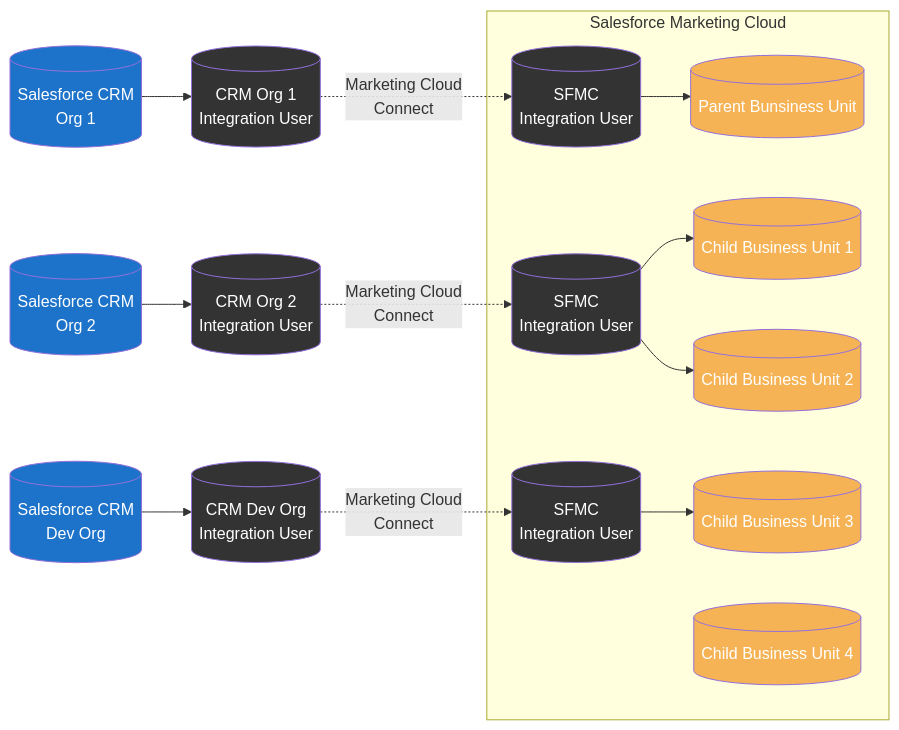
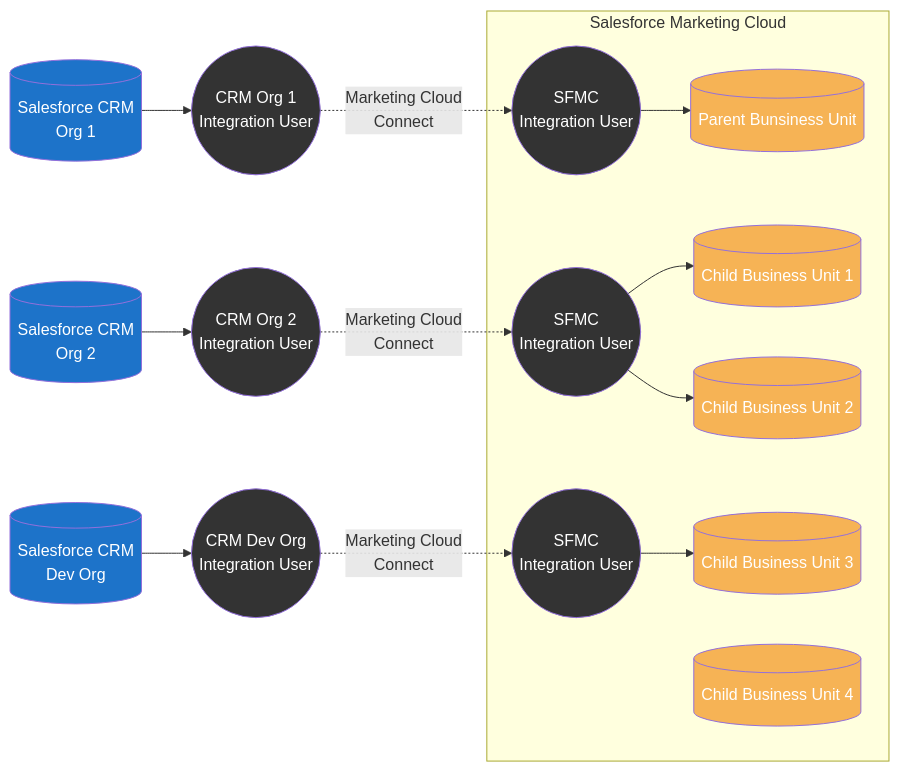
One commit to MateuszDabrowski/mateuszdabrowski.pl changed the sixth of 7 diagrams in docs/config/sfmc-mcc-integration-patterns.mdx. Above: the diagram before and after it, drawn with Mermaid. The commit also changed other lines of this file, not shown here.

Commit message:
Updated draft of MCC Patterns article

````diff
--- a/docs/config/sfmc-mcc-integration-patterns.mdx
+++ b/docs/config/sfmc-mcc-integration-patterns.mdx
@@ -282,35 +281,35 @@
 ```mermaid
 graph LR
  crm1[(Salesforce CRM\nOrg 1)]:::sfdc
  crm2[(Salesforce CRM\nOrg 2)]:::sfdc
  crm3[(Salesforce CRM\nDev Org)]:::sfdc
- crm1IU[(CRM Org 1\nIntegration User)]:::mcc
- crm2IU[(CRM Org 2\nIntegration User)]:::mcc
- crm3IU[(CRM Dev Org\nIntegration User)]:::mcc
- sfmc1IU[(SFMC\nIntegration User)]:::mcc
- sfmc2IU[(SFMC\nIntegration User)]:::mcc
- sfmc3IU[(SFMC\nIntegration User)]:::mcc
+ crm1IU((CRM Org 1\nIntegration User)):::mcc
+ crm2IU((CRM Org 2\nIntegration User)):::mcc
+ crm3IU((CRM Dev Org\nIntegration User)):::mcc
+ sfmc1IU((SFMC\nIntegration User)):::mcc
+ sfmc2IU((SFMC\nIntegration User)):::mcc
+ sfmc3IU((SFMC\nIntegration User)):::mcc
  sfmc1[(Parent Bunsiness Unit)]:::sfmc
  sfmcBU1[(Child Business Unit 1)]:::sfmc
  sfmcBU2[(Child Business Unit 2)]:::sfmc
  sfmcBU3[(Child Business Unit 3)]:::sfmc
  sfmcBU4[(Child Business Unit 4)]:::sfmc
 
  crm1 --> crm1IU
  crm1IU -. Marketing Cloud\nConnect .-> sfmc1IU
  crm2 --> crm2IU
  crm2IU -. Marketing Cloud\nConnect .-> sfmc2IU
  crm3 --> crm3IU
  crm3IU -. Marketing Cloud\nConnect .-> sfmc3IU
  subgraph sfmc [Salesforce Marketing Cloud]
     sfmc1IU --> sfmc1
     sfmc2IU --> sfmcBU1
     sfmc2IU --> sfmcBU2
     sfmc3IU --> sfmcBU3
     sfmcBU4
  end
 
  classDef sfdc fill:#1d73c9,color:#ffffff
  classDef sfmc fill:#f6b355,color:#ffffff
  classDef mcc fill:#333333,color:#ffffff
 ```
````
